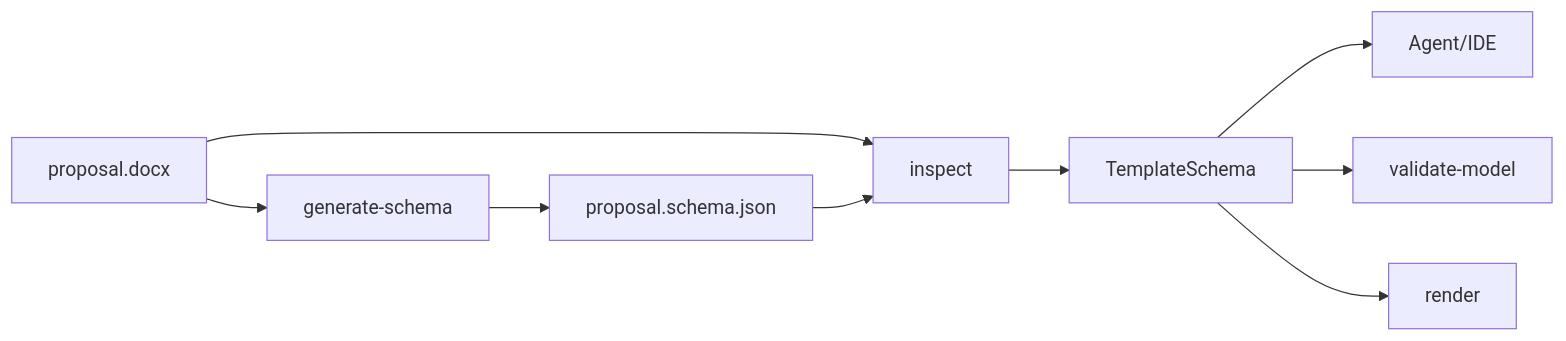
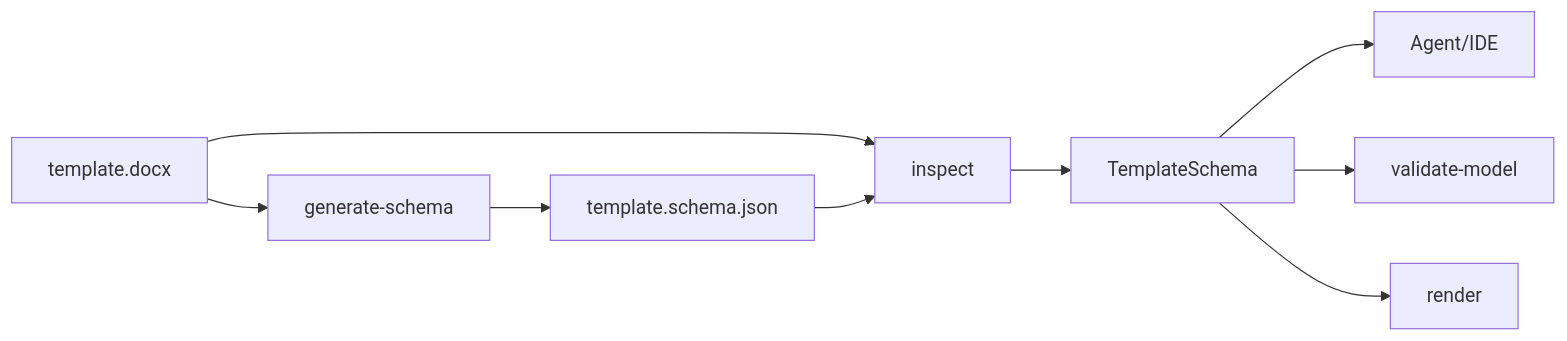
One commit to akode-dev/docxgen changed the fifth of 5 diagrams in docs/architecture.md. Above: the diagram before and after it, drawn with Mermaid. The commit also changed other lines of this file and 50 other files, not shown here.

````diff
--- a/docs/architecture.md
+++ b/docs/architecture.md
@@ -131,11 +131,11 @@
 ```mermaid
 flowchart LR
-    DOCX["proposal.docx"] --> Generate["generate-schema"]
-    Generate --> Schema["proposal.schema.json"]
+    DOCX["template.docx"] --> Generate["generate-schema"]
+    Generate --> Schema["template.schema.json"]
     DOCX --> Inspect["inspect"]
     Schema --> Inspect
     Inspect --> Contract["TemplateSchema"]
     Contract --> Agent["Agent/IDE"]
     Contract --> Validate["validate-model"]
     Contract --> Render["render"]
 ```
````
